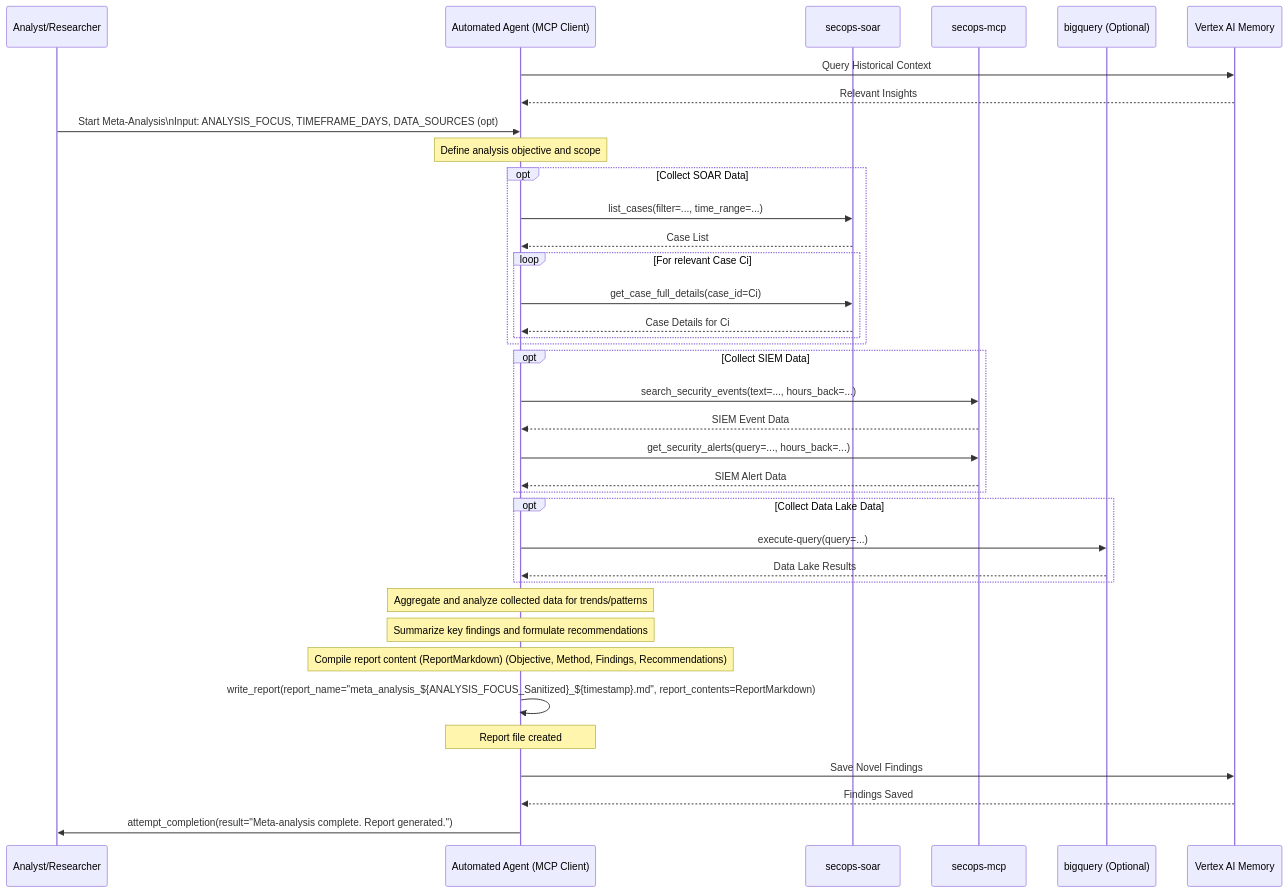
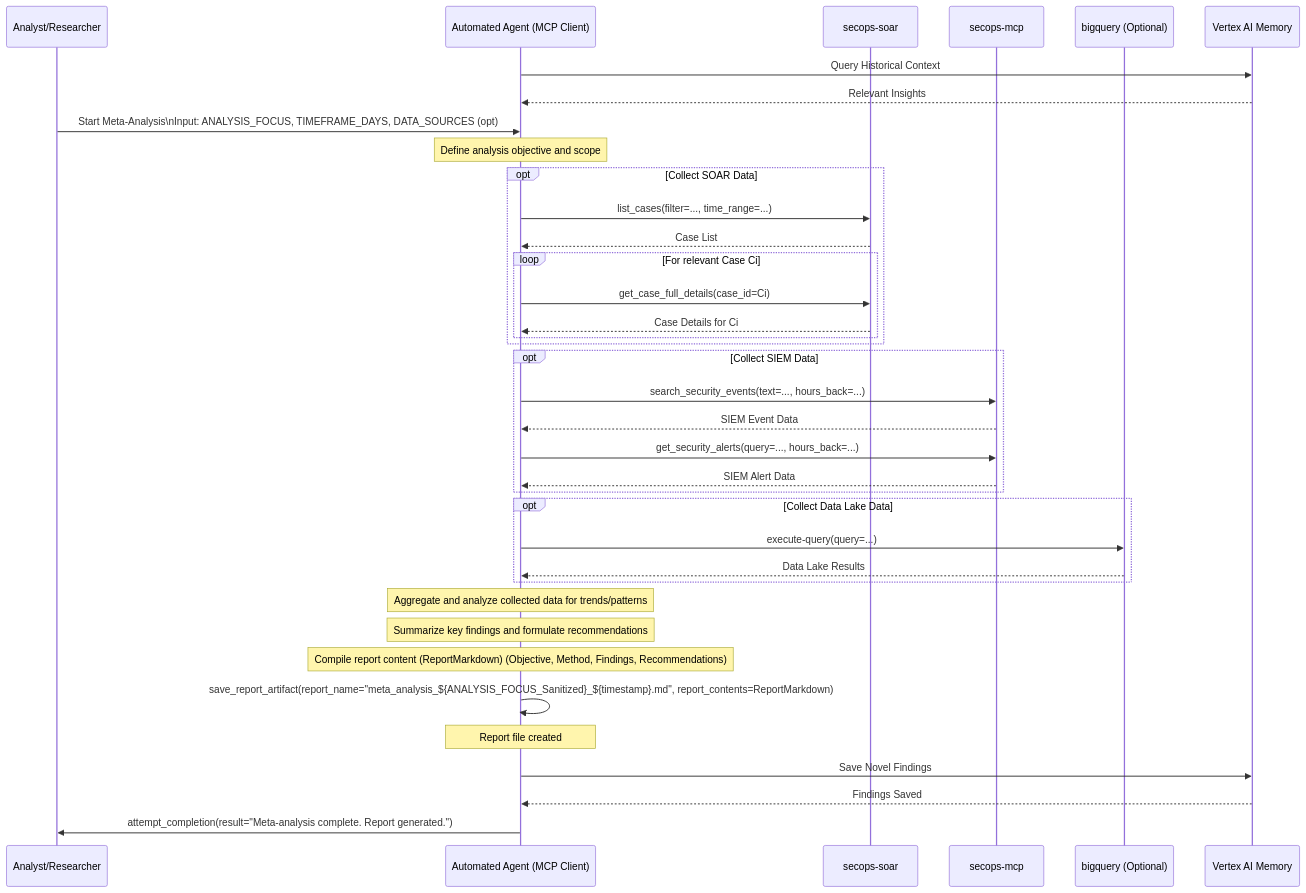
Before and after one commit to dandye/adk_runbooks: the diagram in rules-bank/run_books/metaanalysis.md, drawn with Mermaid. The commit also changed other lines of this file and 109 other files, not shown here.

````diff
--- a/rules-bank/run_books/metaanalysis.md
+++ b/rules-bank/run_books/metaanalysis.md
@@ -36,56 +40,56 @@
 ```mermaid
 sequenceDiagram
     participant Analyst/Researcher
     participant AutomatedAgent as Automated Agent (MCP Client)
     participant SOAR as secops-soar
     participant SIEM as secops-mcp
     participant BigQuery as bigquery (Optional)
     participant Memory as Vertex AI Memory
 
 
     %% Step: Query Memory Context
     AutomatedAgent->>Memory: Query Historical Context
     Memory-->>AutomatedAgent: Relevant Insights
     Analyst/Researcher->>AutomatedAgent: Start Meta-Analysis\nInput: ANALYSIS_FOCUS, TIMEFRAME_DAYS, DATA_SOURCES (opt)
 
     %% Step 1: Define Scope
     Note over AutomatedAgent: Define analysis objective and scope
 
     %% Step 2: Data Collection
     opt Collect SOAR Data
         AutomatedAgent->>SOAR: list_cases(filter=..., time_range=...)
         SOAR-->>AutomatedAgent: Case List
         loop For relevant Case Ci
             AutomatedAgent->>SOAR: get_case_full_details(case_id=Ci)
             SOAR-->>AutomatedAgent: Case Details for Ci
         end
     end
     opt Collect SIEM Data
         AutomatedAgent->>SIEM: search_security_events(text=..., hours_back=...)
         SIEM-->>AutomatedAgent: SIEM Event Data
         AutomatedAgent->>SIEM: get_security_alerts(query=..., hours_back=...)
         SIEM-->>AutomatedAgent: SIEM Alert Data
     end
     opt Collect Data Lake Data
         AutomatedAgent->>BigQuery: execute-query(query=...)
         BigQuery-->>AutomatedAgent: Data Lake Results
     end
 
     %% Step 3: Data Aggregation & Analysis
     Note over AutomatedAgent: Aggregate and analyze collected data for trends/patterns
 
     %% Step 4 & 5: Synthesize Findings & Recommendations
     Note over AutomatedAgent: Summarize key findings and formulate recommendations
 
     %% Step 6: Generate Report
     Note over AutomatedAgent: Compile report content (ReportMarkdown) (Objective, Method, Findings, Recommendations)
-    AutomatedAgent->>AutomatedAgent: write_report(report_name="meta_analysis_${ANALYSIS_FOCUS_Sanitized}_${timestamp}.md", report_contents=ReportMarkdown)
+    AutomatedAgent->>AutomatedAgent: save_report_artifact(report_name="meta_analysis_${ANALYSIS_FOCUS_Sanitized}_${timestamp}.md", report_contents=ReportMarkdown)
     Note over AutomatedAgent: Report file created
 
 
     %% Step: Save Findings to Memory
     AutomatedAgent->>Memory: Save Novel Findings
     Memory-->>AutomatedAgent: Findings Saved
     AutomatedAgent->>Analyst/Researcher: attempt_completion(result="Meta-analysis complete. Report generated.")
 
 ```
````
